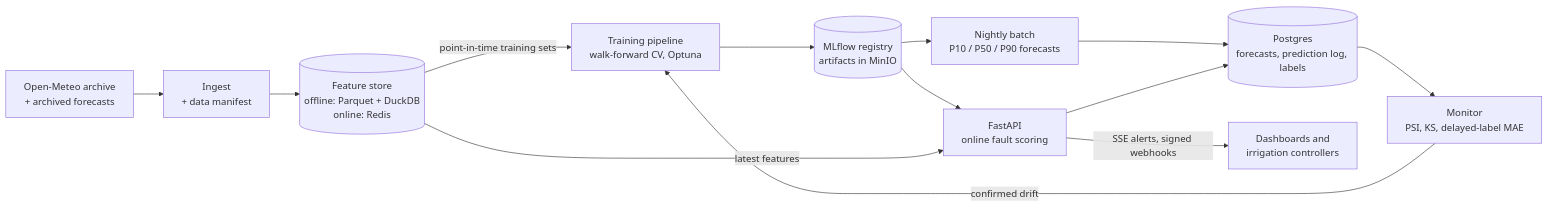
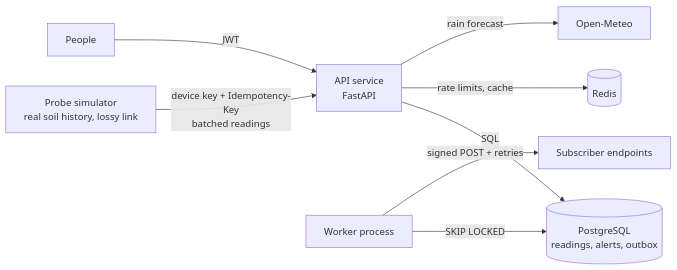
One commit to sdukea/tessel changed the first of 3 diagrams in README.md. Above: the diagram before and after it, drawn with Mermaid. The commit also changed other lines of this file, not shown here.

````diff
--- a/README.md
+++ b/README.md
@@ -55,15 +49,10 @@
 ```mermaid
 flowchart LR
-    OM["Open-Meteo archive<br/>+ archived forecasts"] --> ING["Ingest<br/>+ data manifest"]
-    ING --> FS[("Feature store<br/>offline: Parquet + DuckDB<br/>online: Redis")]
-    FS -- "point-in-time training sets" --> TR["Training pipeline<br/>walk-forward CV, Optuna"]
-    TR --> REG[("MLflow registry<br/>artifacts in MinIO")]
-    REG --> BATCH["Nightly batch<br/>P10 / P50 / P90 forecasts"]
-    REG --> API["FastAPI<br/>online fault scoring"]
-    FS -- "latest features" --> API
-    BATCH --> PG[("Postgres<br/>forecasts, prediction log, labels")]
-    API --> PG
-    PG --> MON["Monitor<br/>PSI, KS, delayed-label MAE"]
-    MON -- "confirmed drift" --> TR
-    API -- "SSE alerts, signed webhooks" --> OUT["Dashboards and<br/>irrigation controllers"]
+    SIM["Probe simulator<br/>real soil history, lossy link"] -- "device key + Idempotency-Key<br/>batched readings" --> API["API service<br/>FastAPI"]
+    U["People"] -- "JWT" --> API
+    API -- "SQL" --> PG[("PostgreSQL<br/>readings, alerts, outbox")]
+    API -- "rate limits, cache" --> R[("Redis")]
+    API -- "rain forecast" --> OM["Open-Meteo"]
+    W["Worker process"] -- "SKIP LOCKED" --> PG
+    W -- "signed POST + retries" --> S["Subscriber endpoints"]
 ```
````
